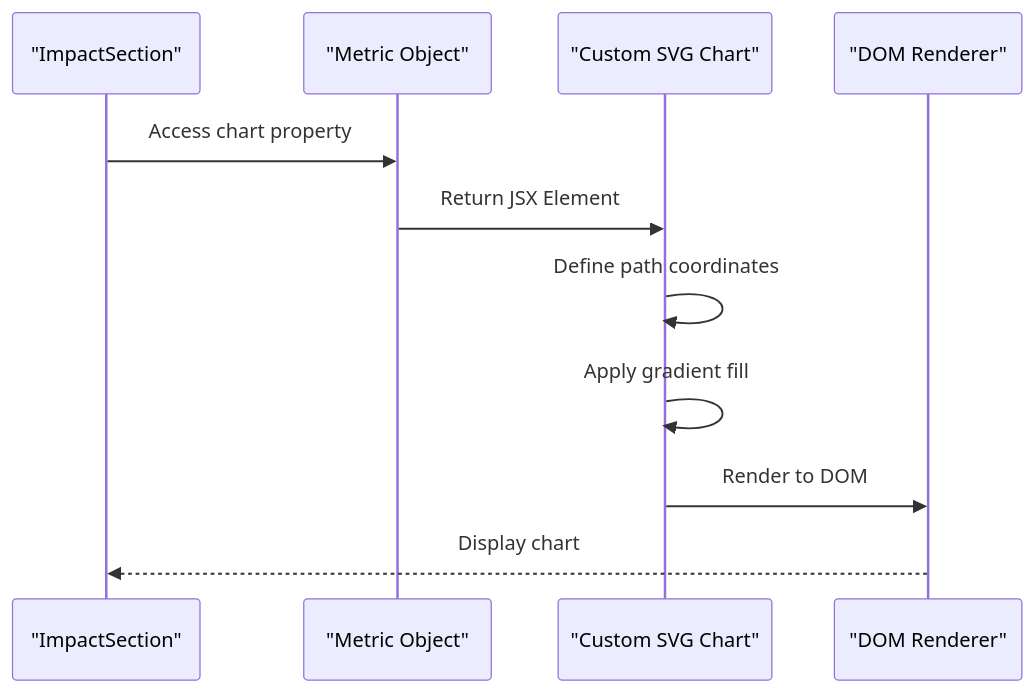
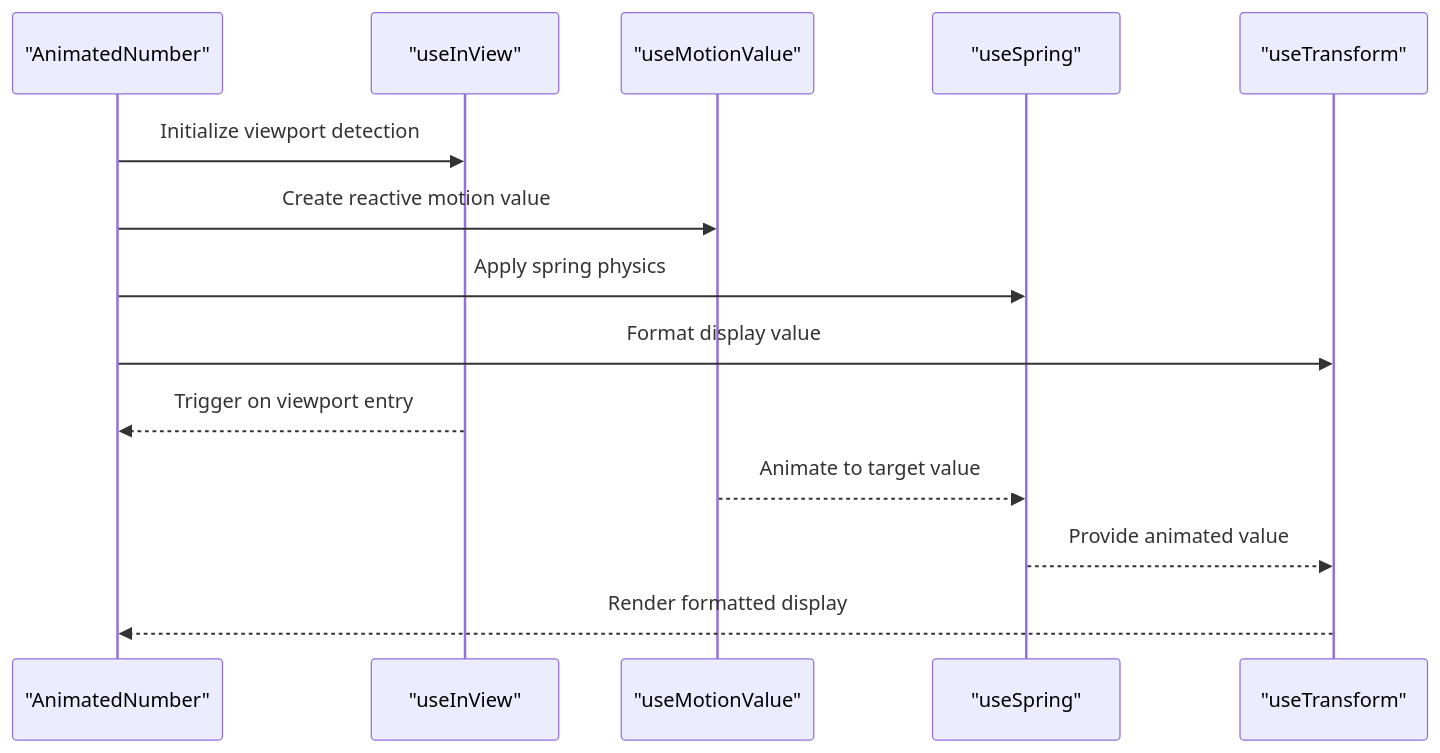
One commit to subash7781/Portfolio changed the fourth of 7 diagrams in .qoder/repowiki/en/content/Component Library & UI Elements/ImpactSection Component.md. Above: the diagram before and after it, drawn with Mermaid. The commit also changed other lines of this file and 6 other files, not shown here.

````diff
--- a/.qoder/repowiki/en/content/Component Library & UI Elements/ImpactSection Component.md
+++ b/.qoder/repowiki/en/content/Component Library & UI Elements/ImpactSection Component.md
@@ -122,13 +147,16 @@
 ```mermaid
 sequenceDiagram
-participant Component as "ImpactSection"
-participant Metric as "Metric Object"
-participant SVG as "Custom SVG Chart"
-participant DOM as "DOM Renderer"
-Component->>Metric : Access chart property
-Metric->>SVG : Return JSX Element
-SVG->>SVG : Define path coordinates
-SVG->>SVG : Apply gradient fill
-SVG->>DOM : Render to DOM
-DOM-->>Component : Display chart
+participant Component as "AnimatedNumber"
+participant Hook as "useInView"
+participant Value as "useMotionValue"
+participant Spring as "useSpring"
+participant Transform as "useTransform"
+Component->>Hook : Initialize viewport detection
+Component->>Value : Create reactive motion value
+Component->>Spring : Apply spring physics
+Component->>Transform : Format display value
+Hook-->>Component : Trigger on viewport entry
+Value-->>Spring : Animate to target value
+Spring-->>Transform : Provide animated value
+Transform-->>Component : Render formatted display
 ```
````
